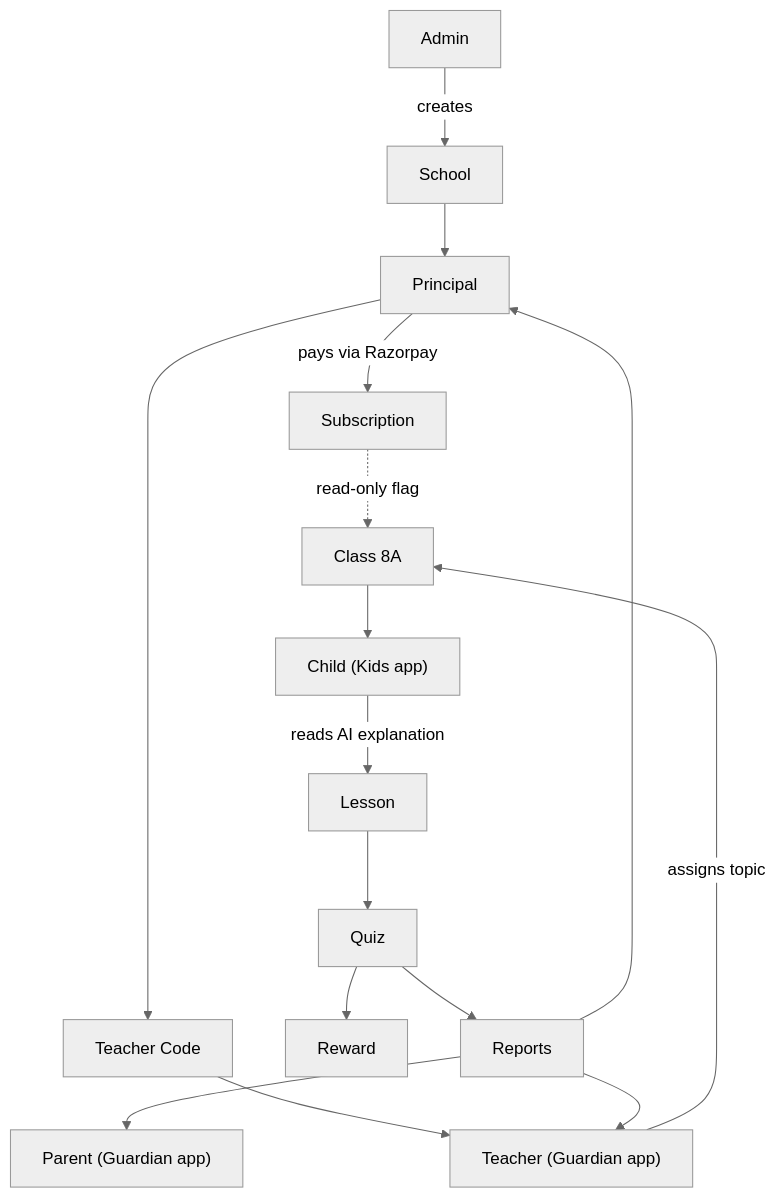
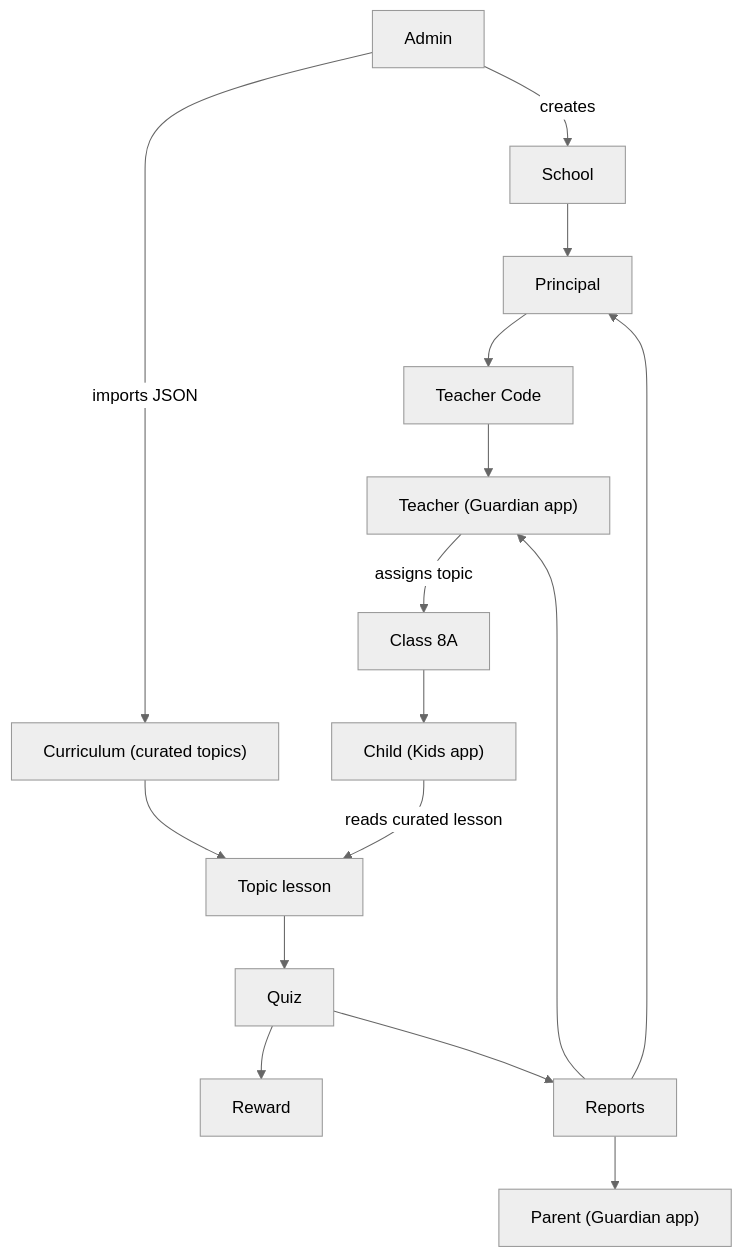
One commit to ZerebroKid/kidsafe-school changed the seventh of 7 diagrams in docs/EDUCATION_AI_TECH_SPEC.md. Above: the diagram before and after it, drawn with Mermaid (neutral theme). The commit also changed other lines of this file and 3 other files, not shown here.

````diff
--- a/docs/EDUCATION_AI_TECH_SPEC.md
+++ b/docs/EDUCATION_AI_TECH_SPEC.md
@@ -1031,18 +752,18 @@
 ```mermaid
 flowchart TD
   Admin["Admin"] -->|creates| School["School"]
   School --> Principal["Principal"]
-  Principal -->|pays via Razorpay| Subscription["Subscription"]
   Principal --> TeacherCode["Teacher Code"]
   TeacherCode --> Teacher["Teacher (Guardian app)"]
   Teacher -->|assigns topic| Class["Class 8A"]
   Class --> Child["Child (Kids app)"]
-  Child -->|reads AI explanation| Lesson["Lesson"]
+  Admin -->|imports JSON| Curriculum["Curriculum (curated topics)"]
+  Curriculum --> Lesson["Topic lesson"]
+  Child -->|reads curated lesson| Lesson
   Lesson --> Quiz["Quiz"]
   Quiz --> Reward["Reward"]
   Quiz --> Reports["Reports"]
   Reports --> Parent["Parent (Guardian app)"]
   Reports --> Teacher
   Reports --> Principal
-  Subscription -. read-only flag .-> Class
 ```
````
